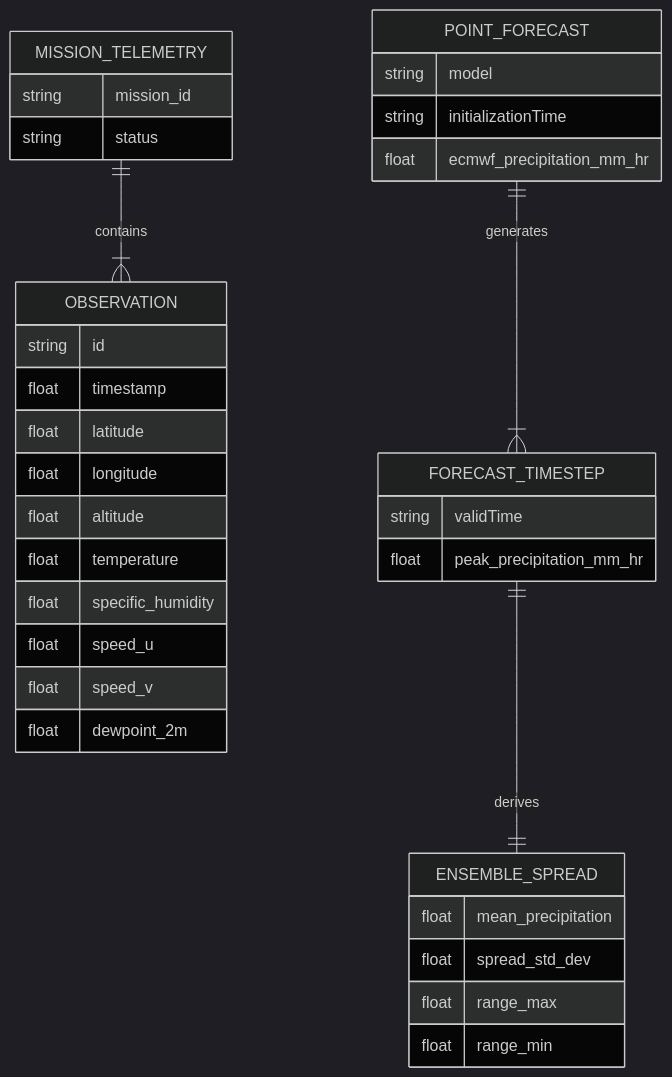
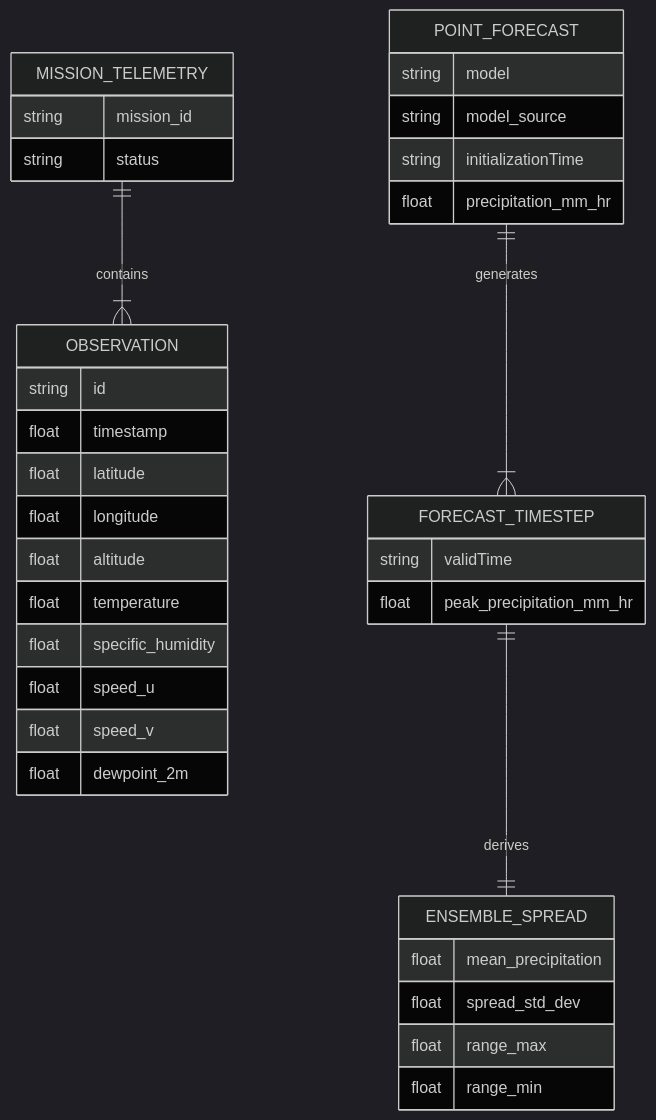
The second of 9 diagrams in README.md (NishthaNabya/AgriShield_Terminal), drawn with Mermaid (dark theme) before and after one commit. The commit also changed other lines of this file and 4 other files, not shown here.

````diff
--- a/README.md
+++ b/README.md
@@ -46,38 +58,39 @@
 ```mermaid
 erDiagram
     MISSION_TELEMETRY {
         string mission_id
         string status
     }
     OBSERVATION {
         string id
         float timestamp
         float latitude
         float longitude
         float altitude
         float temperature
         float specific_humidity
         float speed_u
         float speed_v
         float dewpoint_2m
     }
     POINT_FORECAST {
         string model
+        string model_source
         string initializationTime
-        float ecmwf_precipitation_mm_hr
+        float precipitation_mm_hr
     }
     FORECAST_TIMESTEP {
         string validTime
         float peak_precipitation_mm_hr
     }
     ENSEMBLE_SPREAD {
         float mean_precipitation
         float spread_std_dev
         float range_max
         float range_min
     }
     
     MISSION_TELEMETRY ||--|{ OBSERVATION : contains
     POINT_FORECAST ||--|{ FORECAST_TIMESTEP : generates
     FORECAST_TIMESTEP ||--|| ENSEMBLE_SPREAD : derives
 ```
````
